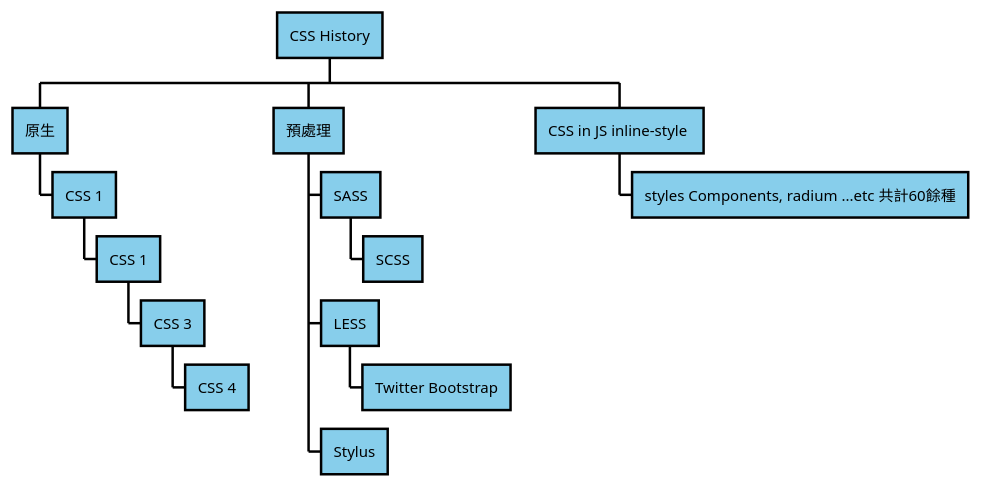
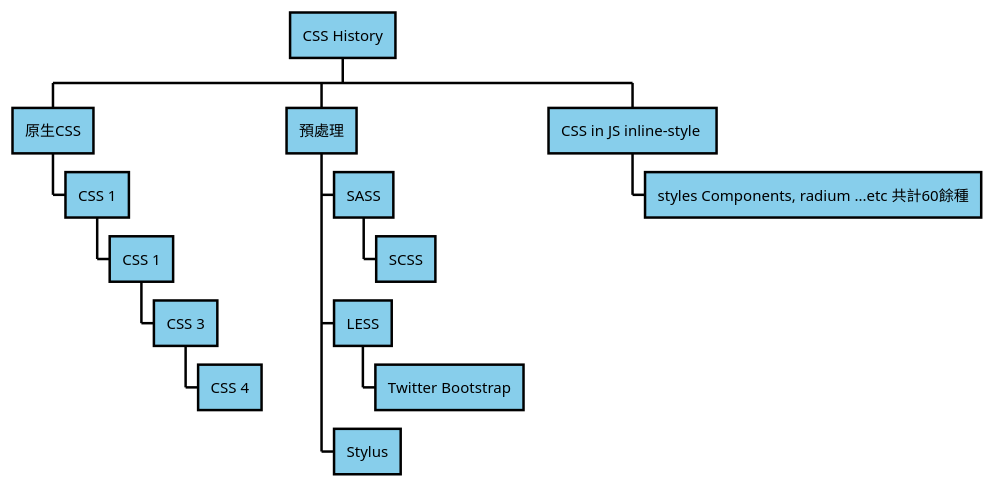
Before and after one commit to pakerchang/study: the diagram in UML/CSS-tech-history.plantuml, drawn with PlantUML. The commit also changed 1 other file, not shown here.

```diff
--- a/UML/CSS-tech-history.plantuml
+++ b/UML/CSS-tech-history.plantuml
@@ -1,33 +1,33 @@
 @startwbs CSS history
 <style>
    wbsDiagram {
       HorizontalAlignment: left;
       LineColor: black;
       LineThickness: 2
    }
    node {
          HorizontalAlignment: left;
          BackgroundColor: skyblue;
    }
 </style>
 
 * CSS History
-** 原生
+** 原生CSS
 *** CSS 1
 **** CSS 1
 ***** CSS 3
 ****** CSS 4
 
 ** 預處理
 *** SASS
 **** SCSS
 *** LESS
 **** Twitter Bootstrap
 *** Stylus
 
 
 
 ** CSS in JS inline-style 
 *** styles Components, radium ...etc 共計60餘種
 
 @endwbs
```
